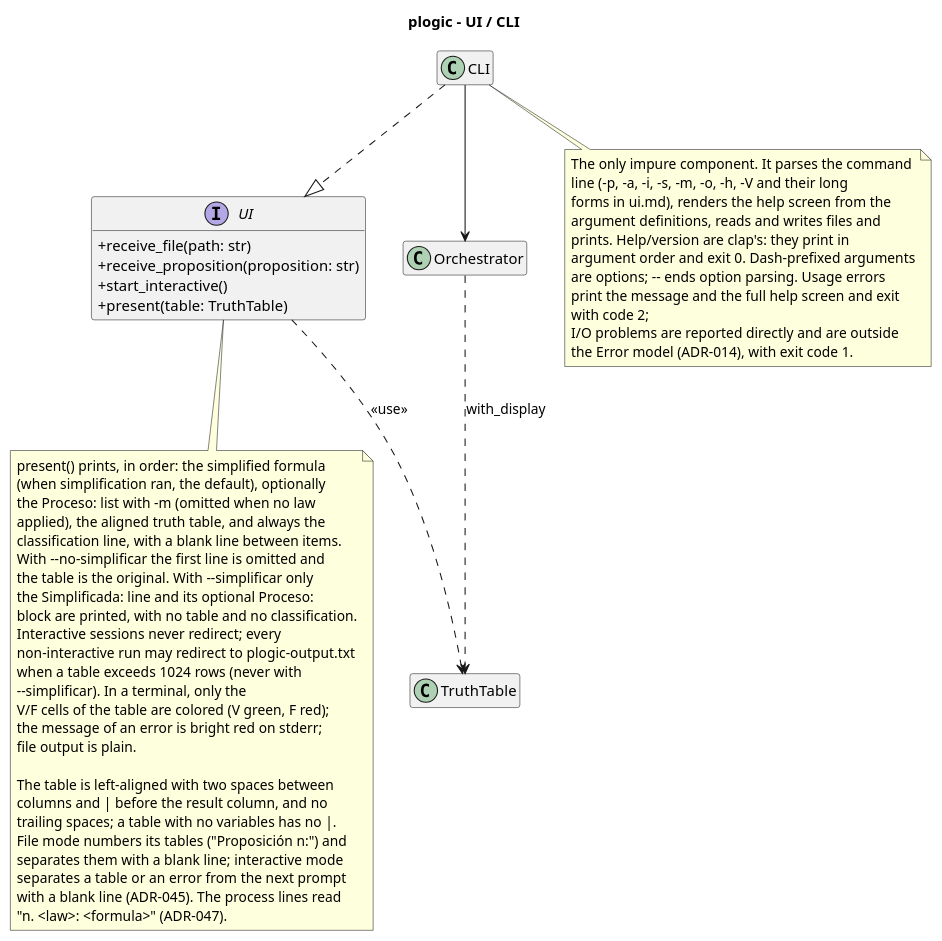
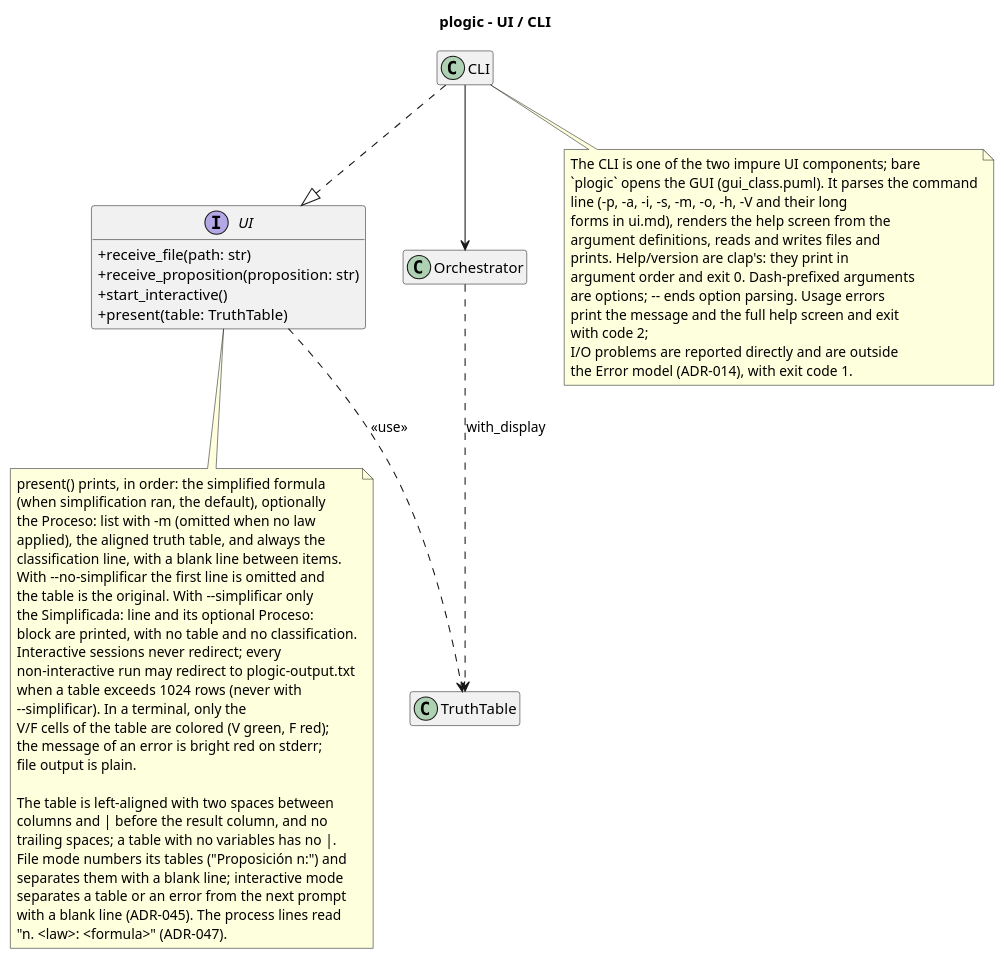
The diagram in design/diagrams/ui_class.puml (Josgtg/plogic), drawn with PlantUML before and after one commit. The commit also changed 11 other files, not shown here.

Commit message:
design: document the graphical window

```diff
--- a/design/diagrams/ui_class.puml
+++ b/design/diagrams/ui_class.puml
@@ -1,69 +1,70 @@
 @startuml ui_class
 title plogic - UI / CLI
 
 skinparam classAttributeIconSize 0
 hide empty members
 
 interface UI {
   +receive_file(path: str)
   +receive_proposition(proposition: str)
   +start_interactive()
   +present(table: TruthTable)
 }
 
 class CLI
 
 class Orchestrator
 
 class TruthTable
 
 note bottom of CLI
-  The only impure component. It parses the command
+  The CLI is one of the two impure UI components; bare
+  `plogic` opens the GUI (gui_class.puml). It parses the command
   line (-p, -a, -i, -s, -m, -o, -h, -V and their long
   forms in ui.md), renders the help screen from the
   argument definitions, reads and writes files and
   prints. Help/version are clap's: they print in
   argument order and exit 0. Dash-prefixed arguments
   are options; -- ends option parsing. Usage errors
   print the message and the full help screen and exit
   with code 2;
   I/O problems are reported directly and are outside
   the Error model (ADR-014), with exit code 1.
 end note
 
 note bottom of UI
   present() prints, in order: the simplified formula
   (when simplification ran, the default), optionally
   the Proceso: list with -m (omitted when no law
   applied), the aligned truth table, and always the
   classification line, with a blank line between items.
   With --no-simplificar the first line is omitted and
   the table is the original. With --simplificar only
   the Simplificada: line and its optional Proceso:
   block are printed, with no table and no classification.
   Interactive sessions never redirect; every
   non-interactive run may redirect to plogic-output.txt
   when a table exceeds 1024 rows (never with
   --simplificar). In a terminal, only the
   V/F cells of the table are colored (V green, F red);
   the message of an error is bright red on stderr;
   file output is plain.
 
   The table is left-aligned with two spaces between
   columns and | before the result column, and no
   trailing spaces; a table with no variables has no |.
   File mode numbers its tables ("Proposición n:") and
   separates them with a blank line; interactive mode
   separates a table or an error from the next prompt
   with a blank line (ADR-045). The process lines read
   "n. <law>: <formula>" (ADR-047).
 end note
 
 CLI ..|> UI
 CLI --> Orchestrator
 
 Orchestrator ..> TruthTable : with_display
 
 UI ..> TruthTable : <<use>>
 
 @enduml
```
